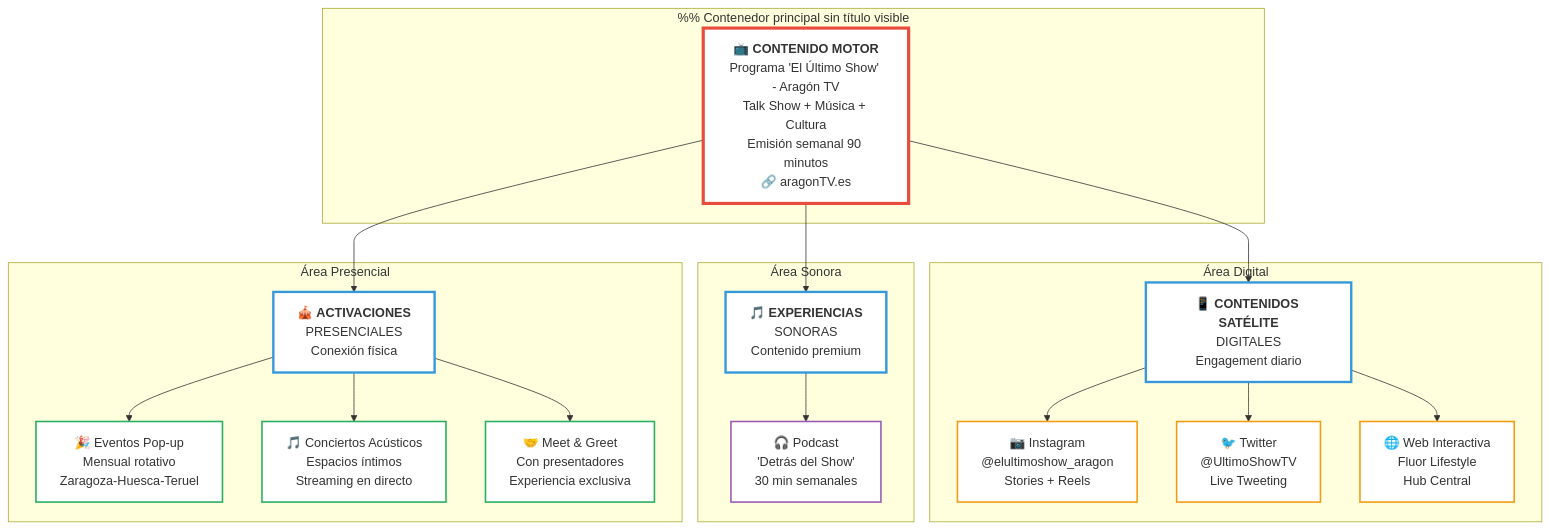
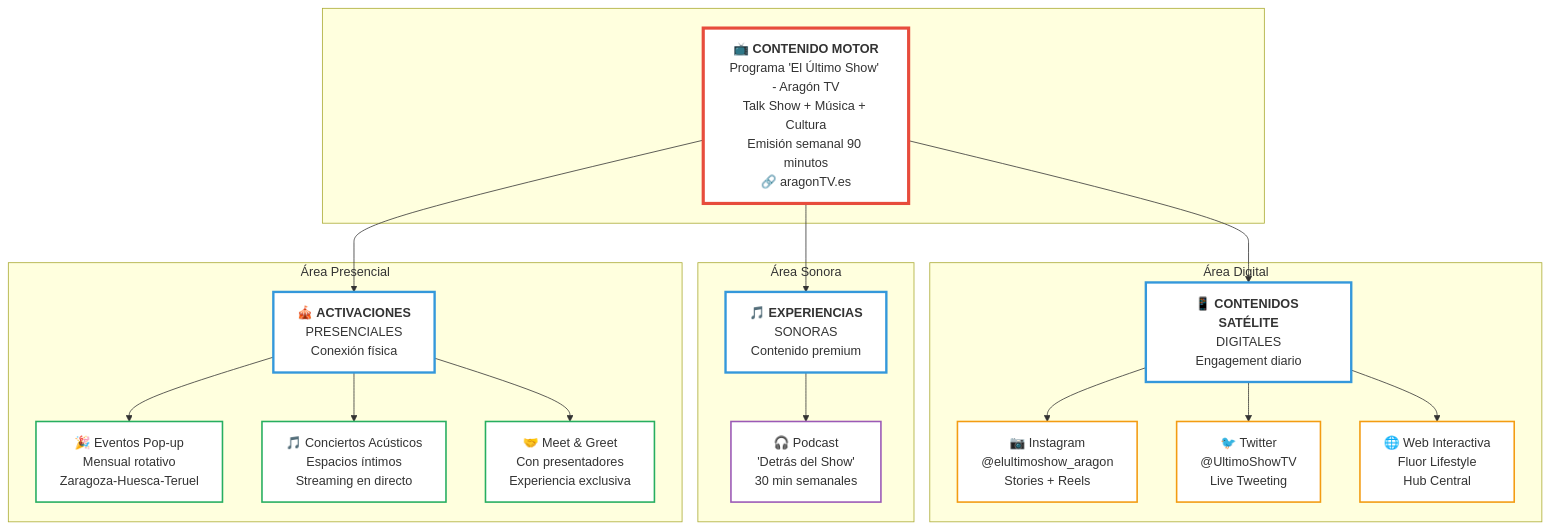
One commit to Azuredraco/Gemma changed the diagram in Diagrama.md. Above: the diagram before and after it, drawn with Mermaid.

````diff
--- a/Diagrama.md
+++ b/Diagrama.md
@@ -1,52 +1,52 @@
 ```mermaid
 %% === ECOSISTEMA DE CONTENIDOS 'EL ÚLTIMO SHOW' ===
 %% Diagrama optimizado para claridad y mantenimiento
 graph TD
-    subgraph " " %% Contenedor principal sin título visible
+    subgraph " "
         A["📺 <b>CONTENIDO MOTOR</b><br/>Programa 'El Último Show' - Aragón TV<br/>Talk Show + Música + Cultura<br/>Emisión semanal 90 minutos<br/>🔗 aragonTV.es"]
     end
 
     %% --- Ramas de Contenido ---
     A --> B["📱 <b>CONTENIDOS SATÉLITE</b><br/>DIGITALES<br/>Engagement diario"]
     A --> C["🎵 <b>EXPERIENCIAS</b><br/>SONORAS<br/>Contenido premium"] 
     A --> D["🎪 <b>ACTIVACIONES</b><br/>PRESENCIALES<br/>Conexión física"]
 
     %% --- Subgrafos por Área ---
     subgraph "Área Digital"
         B --> E["📷 Instagram<br/>@elultimoshow_aragon<br/>Stories + Reels"]
         B --> F["🐦 Twitter<br/>@UltimoShowTV<br/>Live Tweeting"]
         B --> G["🌐 Web Interactiva<br/>Fluor Lifestyle<br/>Hub Central"]
     end
     
     subgraph "Área Sonora"
         C --> H["🎧 Podcast<br/>'Detrás del Show'<br/>30 min semanales"]
     end
 
     subgraph "Área Presencial"
         D --> I["🎉 Eventos Pop-up<br/>Mensual rotativo<br/>Zaragoza-Huesca-Teruel"]
         D --> J["🎵 Conciertos Acústicos<br/>Espacios íntimos<br/>Streaming en directo"]
         D --> K["🤝 Meet & Greet<br/>Con presentadores<br/>Experiencia exclusiva"]
     end
 
     %% === Enlaces Clickables ===
     click A "https://aragonTV.es" "Página oficial Aragón TV"
     click E "https://instagram.com/elultimoshow" "Instagram oficial"
     click F "https://twitter.com/ultimoshowtv" "Twitter oficial"
     click G "https://fluorlifestyle.com/ultimo-show" "Web principal"
     click H "https://spotify.com/detrasdelshow" "Podcast en Spotify"
 
     %% === Estilos Simplificados ===
     %% Se ha eliminado la clase 'blanco' y se ha integrado su estilo en las demás
     classDef motor fill:#fff,stroke:#E74C3C,stroke-width:4px,color:#333
     classDef categoria fill:#fff,stroke:#3498DB,stroke-width:3px,color:#333
     classDef digital fill:#fff,stroke:#F39C12,stroke-width:2px,color:#333
     classDef sonoro fill:#fff,stroke:#9B59B6,stroke-width:2px,color:#333
     classDef presencial fill:#fff,stroke:#27AE60,stroke-width:2px,color:#333
 
     %% === Asignación de Estilos ===
     class A motor
     class B,C,D categoria
     class E,F,G digital
     class H sonoro
     class I,J,K presencial
 ```
````
